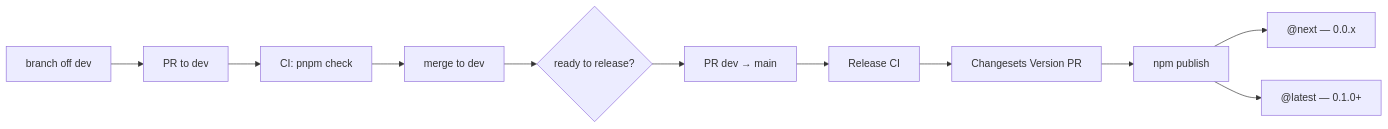
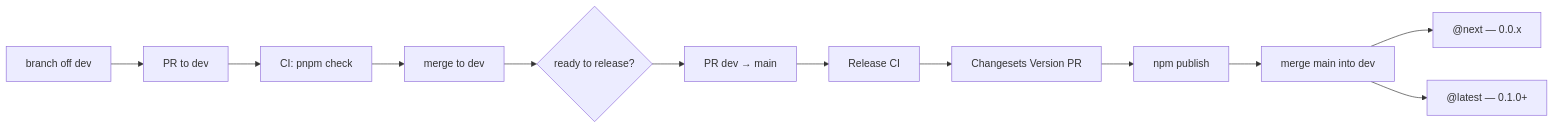
Before and after one commit to DaLexto/lexsys-ui: the first of 2 diagrams in docs/operations/DEPLOY.md, drawn with Mermaid. The commit also changed other lines of this file, not shown here.

````diff
--- a/docs/operations/DEPLOY.md
+++ b/docs/operations/DEPLOY.md
@@ -35,13 +35,14 @@
 ```mermaid
 flowchart LR
     devBranch[branch off dev] --> pr[PR to dev]
     pr --> ci["CI: pnpm check"]
     ci --> mergeDev[merge to dev]
     mergeDev --> ready{ready to release?}
     ready --> mainPR["PR dev → main"]
     mainPR --> releaseCI[Release CI]
     releaseCI --> versionPR[Changesets Version PR]
     versionPR --> publish[npm publish]
-    publish --> nextTag["@next — 0.0.x"]
-    publish --> latestTag["@latest — 0.1.0+"]
+    publish --> syncDev["merge main into dev"]
+    syncDev --> nextTag["@next — 0.0.x"]
+    syncDev --> latestTag["@latest — 0.1.0+"]
 ```
````
